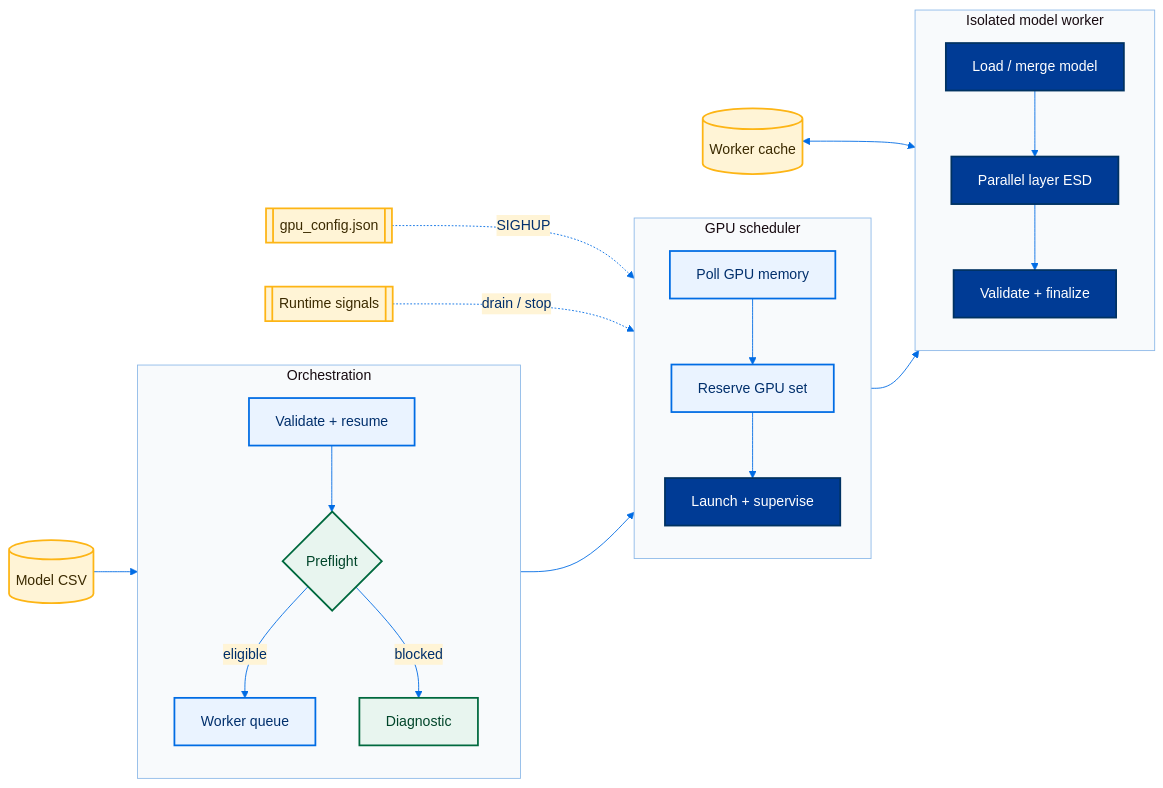
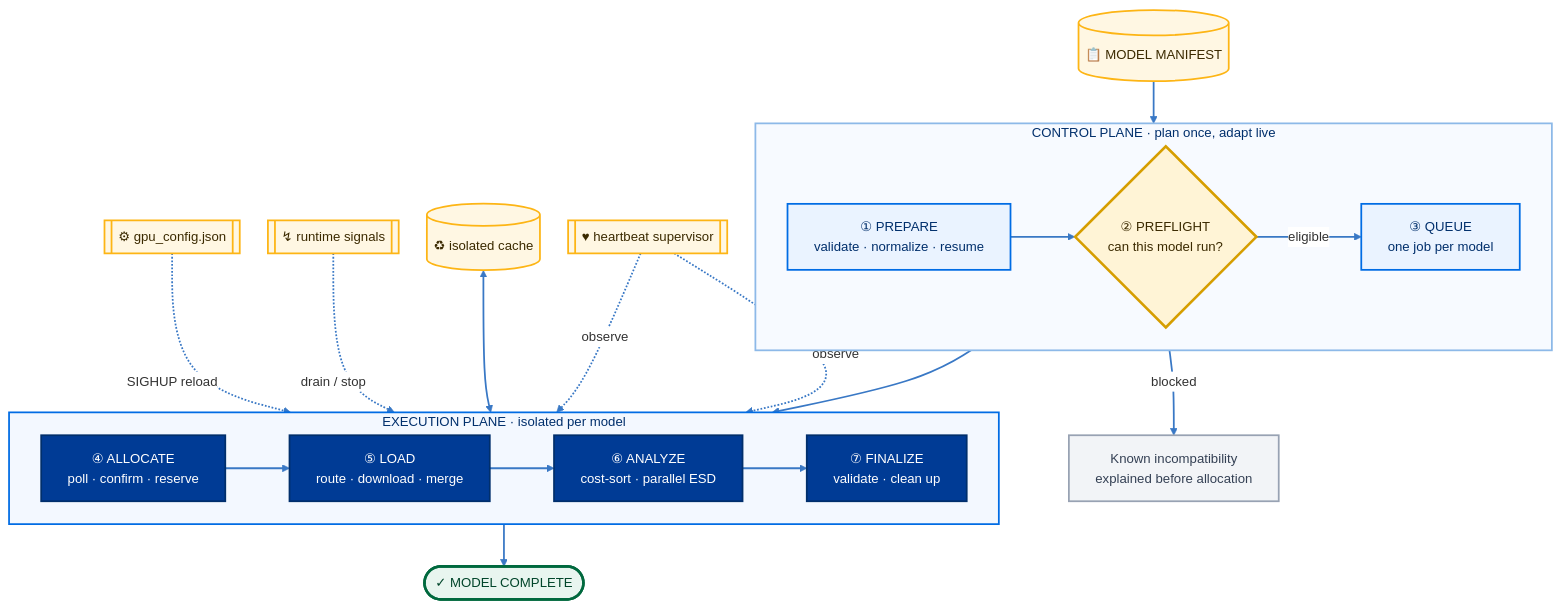
One commit to RpM-Kinshuk/Model-Zoo changed the first of 5 diagrams in README.md. Above: the diagram before and after it, drawn with Mermaid. The commit also changed other lines of this file, not shown here.

````diff
--- a/README.md
+++ b/README.md
@@ -86,39 +86,51 @@
 ```mermaid
-%%{init: {"theme":"base","themeVariables":{"fontFamily":"Inter, ui-sans-serif, system-ui","primaryColor":"#EAF3FF","primaryTextColor":"#002F6C","primaryBorderColor":"#006CE4","lineColor":"#006CE4","secondaryColor":"#FFF4D6","tertiaryColor":"#E8F5EF","clusterBkg":"#F8FAFC","clusterBorder":"#8DB9E8"}}}%%
-flowchart LR
-    CSV[(Model CSV)] --> RUN
+%%{init: {"theme":"base","flowchart":{"curve":"basis","nodeSpacing":32,"rankSpacing":48},"themeVariables":{"fontFamily":"Inter, ui-sans-serif, system-ui","fontSize":"15px","lineColor":"#3978C5","clusterBkg":"#F7FAFF","clusterBorder":"#8DB9E8","edgeLabelBackground":"#FFFFFF"}}}%%
+flowchart TB
+    INPUT[("📋  MODEL MANIFEST")]
 
-    subgraph ORCH[Orchestration]
-        direction TB
-        RUN[Validate + resume] --> PREFLIGHT{Preflight}
-        PREFLIGHT -->|eligible| QUEUE[Worker queue]
-        PREFLIGHT -->|blocked| DIAG[Diagnostic]
+    subgraph CONTROL["CONTROL PLANE  ·  plan once, adapt live"]
+        direction LR
+        PREP["①  PREPARE<br/>validate · normalize · resume"]
+        PREFLIGHT{"②  PREFLIGHT<br/>can this model run?"}
+        QUEUE["③  QUEUE<br/>one job per model"]
+        PREP --> PREFLIGHT
+        PREFLIGHT -->|eligible| QUEUE
     end
 
-    subgraph SCHED[GPU scheduler]
-        direction TB
-        QUEUE --> POLL[Poll GPU memory]
-        POLL --> RESERVE[Reserve GPU set]
-        RESERVE --> SUP[Launch + supervise]
+    subgraph EXECUTION["EXECUTION PLANE  ·  isolated per model"]
+        direction LR
+        ALLOC["④  ALLOCATE<br/>poll · confirm · reserve"]
+        LOAD["⑤  LOAD<br/>route · download · merge"]
+        ESD["⑥  ANALYZE<br/>cost-sort · parallel ESD"]
+        FINAL["⑦  FINALIZE<br/>validate · clean up"]
+        ALLOC --> LOAD --> ESD --> FINAL
     end
 
-    subgraph JOB[Isolated model worker]
-        direction TB
-        SUP --> LOAD[Load / merge model]
-        LOAD --> ESD[Parallel layer ESD]
-        ESD --> FINAL[Validate + finalize]
-    end
+    INPUT --> PREP
+    QUEUE --> ALLOC
+    PREFLIGHT -->|blocked| EXPLAIN["Known incompatibility<br/>explained before allocation"]
+    FINAL --> DONE(["✓  MODEL COMPLETE"])
 
-    CONFIG[[gpu_config.json]] -. SIGHUP .-> SCHED
-    SIGNALS[[Runtime signals]] -. drain / stop .-> SCHED
-    CACHE[(Worker cache)] <--> LOAD
+    CONFIG[["⚙  gpu_config.json"]] -. SIGHUP reload .-> ALLOC
+    SIGNALS[["↯  runtime signals"]] -. drain / stop .-> ALLOC
+    CACHE[("♻  isolated cache")] <--> LOAD
+    WATCH[["♥  heartbeat supervisor"]] -. observe .-> LOAD
+    WATCH -. observe .-> ESD
 
-    classDef gold fill:#FFF4D6,stroke:#FDB515,color:#3B2A00,stroke-width:2px;
-    classDef blue fill:#EAF3FF,stroke:#006CE4,color:#002F6C,stroke-width:2px;
-    classDef green fill:#E8F5EF,stroke:#00693E,color:#00452A,stroke-width:2px;
-    classDef dark fill:#003B95,stroke:#003262,color:#FFFFFF,stroke-width:2px;
-    class CSV,CONFIG,SIGNALS,CACHE gold;
-    class RUN,QUEUE,POLL,RESERVE blue;
-    class PREFLIGHT,DIAG green;
-    class SUP,LOAD,ESD,FINAL dark;
+    classDef source fill:#FFF7E3,stroke:#FDB515,color:#3B2A00,stroke-width:2px;
+    classDef control fill:#EAF3FF,stroke:#006CE4,color:#002F6C,stroke-width:2px;
+    classDef decision fill:#FFF4D6,stroke:#D69E00,color:#3B2A00,stroke-width:3px;
+    classDef execute fill:#003B95,stroke:#002F6C,color:#FFFFFF,stroke-width:2px;
+    classDef success fill:#E8F5EF,stroke:#00693E,color:#00452A,stroke-width:3px;
+    classDef muted fill:#F2F4F7,stroke:#98A2B3,color:#344054,stroke-width:2px;
+    class INPUT,CONFIG,SIGNALS,CACHE,WATCH source;
+    class PREP,QUEUE control;
+    class PREFLIGHT decision;
+    class ALLOC,LOAD,ESD,FINAL execute;
+    class DONE success;
+    class EXPLAIN muted;
+
+    style CONTROL fill:#F7FAFF,stroke:#8DB9E8,stroke-width:2px,color:#002F6C
+    style EXECUTION fill:#F3F8FF,stroke:#006CE4,stroke-width:2px,color:#002F6C
+    linkStyle default stroke:#3978C5,stroke-width:2px
 ```
````
